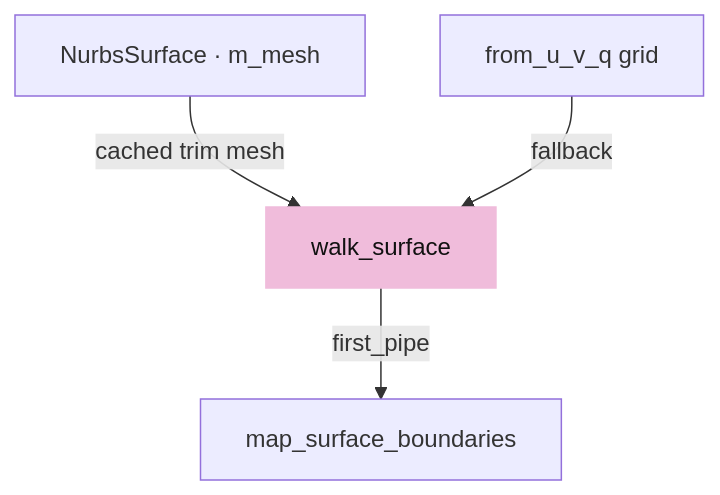
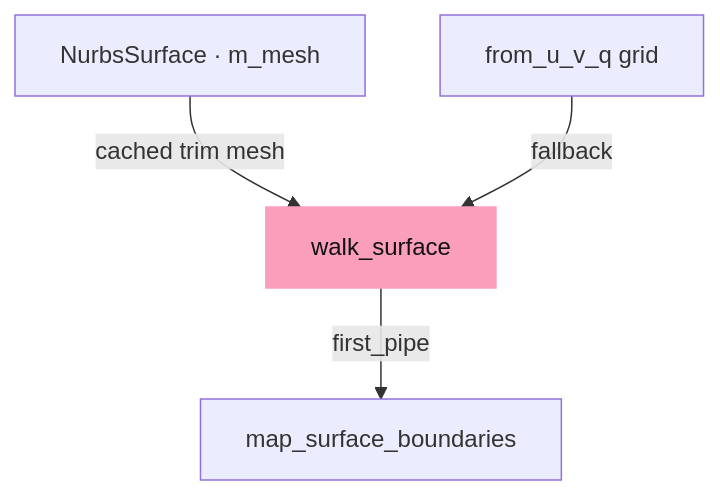
One commit to petrasvestartas/session changed the second of 5 diagrams in session_viewer/docs/08-trimming.md. Above: the diagram before and after it, drawn with Mermaid. The commit also changed other lines of this file and 328 other files, not shown here.

First line of the commit message:
Course: the palette you sent, and mermaid drawn like the drawings

````diff
--- a/session_viewer/docs/08-trimming.md
+++ b/session_viewer/docs/08-trimming.md
@@ -34,7 +34,7 @@
 ```mermaid
 flowchart TB
     A["NurbsSurface · m_mesh"] -- "cached trim mesh" --> B["walk_surface"]
     C["from_u_v_q grid"] -- "fallback" --> B
     B -- "first_pipe" --> D["map_surface_boundaries"]
-    style B fill:#f0bcdb,stroke:#f0bcdb,color:#111
+    style B fill:#fa9ebc,stroke:#fa9ebc,color:#111
 ```
````
